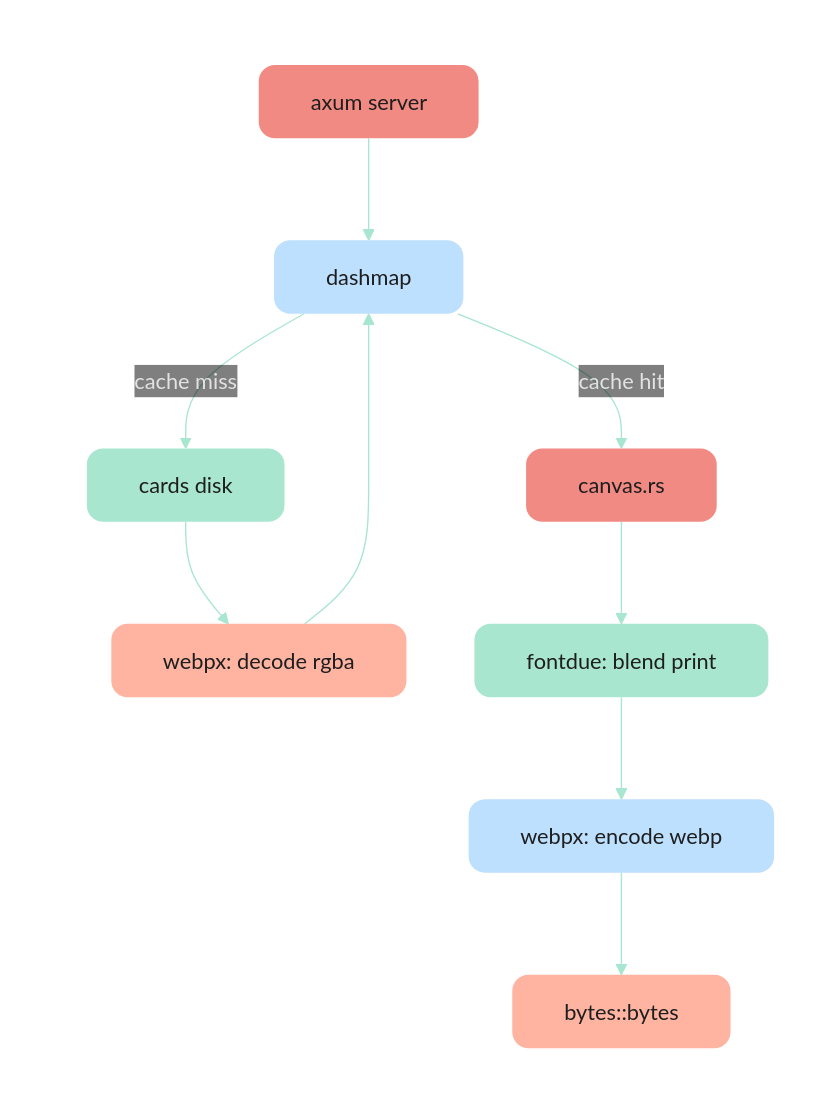
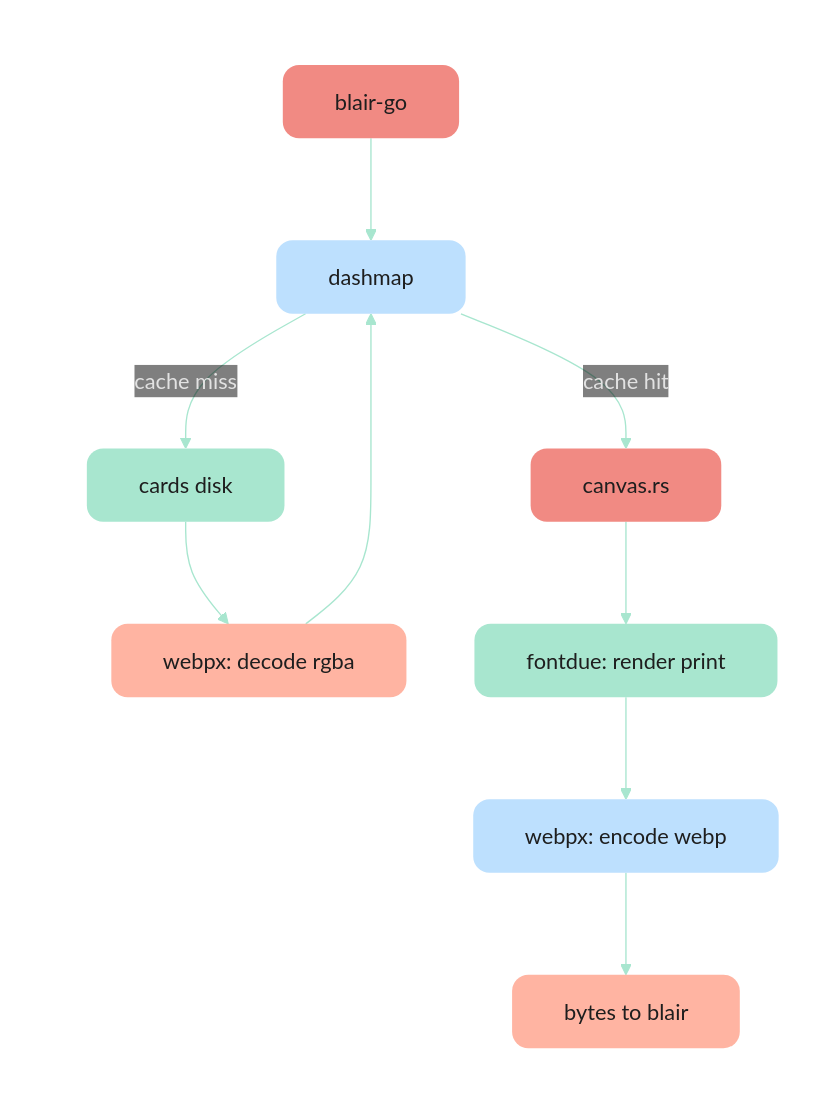
The diagram in README.md (clarinep/sumi), drawn with Mermaid before and after one commit.

````diff
--- a/README.md
+++ b/README.md
@@ -51,48 +51,48 @@
 ```mermaid
 ---
 config:
   theme: base
   themeVariables:
     background: "transparent"
     clusterBkg: "transparent"
     clusterBorder: "transparent"
     lineColor: "#a8e6cf"
     primaryTextColor: "#e2e2e2"
     edgeLabelBackground: "transparent"
     fontFamily: "ui-sans-serif, system-ui, sans-serif"
   padding: 30
   flowchart:
     curve: basis
 ---
 flowchart TD
     subgraph sumi[" "]
         direction TB
-        server["&nbsp;&nbsp;axum server&nbsp;&nbsp;"]
+        server["&nbsp;&nbsp;blair-go&nbsp;&nbsp;"]
         cache["&nbsp;&nbsp;dashmap&nbsp;&nbsp;"]
         disk["&nbsp;&nbsp;cards disk&nbsp;&nbsp;"]
         decode["&nbsp;&nbsp;webpx: decode rgba&nbsp;&nbsp;"]
         canvas["&nbsp;&nbsp;canvas.rs&nbsp;&nbsp;"]
-        fontdue["&nbsp;&nbsp;fontdue: blend print&nbsp;&nbsp;"]
+        fontdue["&nbsp;&nbsp;fontdue: render print&nbsp;&nbsp;"]
         encode["&nbsp;&nbsp;webpx: encode webp&nbsp;&nbsp;"]
-        output["&nbsp;&nbsp;bytes::bytes&nbsp;&nbsp;"]
+        output["&nbsp;&nbsp;bytes to blair&nbsp;&nbsp;"]
     end
 
     server --> cache
     cache -- cache miss --> disk
     disk --> decode
     decode --> cache
     cache -- cache hit --> canvas
     canvas --> fontdue
     fontdue --> encode
     encode --> output
 
     classDef base fill:#a8e6cf,stroke:none,color:#1e1e1e,rx:12,ry:12
     classDef peach fill:#ffb4a2,stroke:none,color:#1e1e1e,rx:12,ry:12
     classDef coral fill:#f18a83,stroke:none,color:#1e1e1e,rx:12,ry:12
     classDef blue fill:#bde0fe,stroke:none,color:#1e1e1e,rx:12,ry:12
 
     class disk,fontdue base
     class decode,output peach
     class server,canvas coral
     class cache,encode blue
 ```
````
